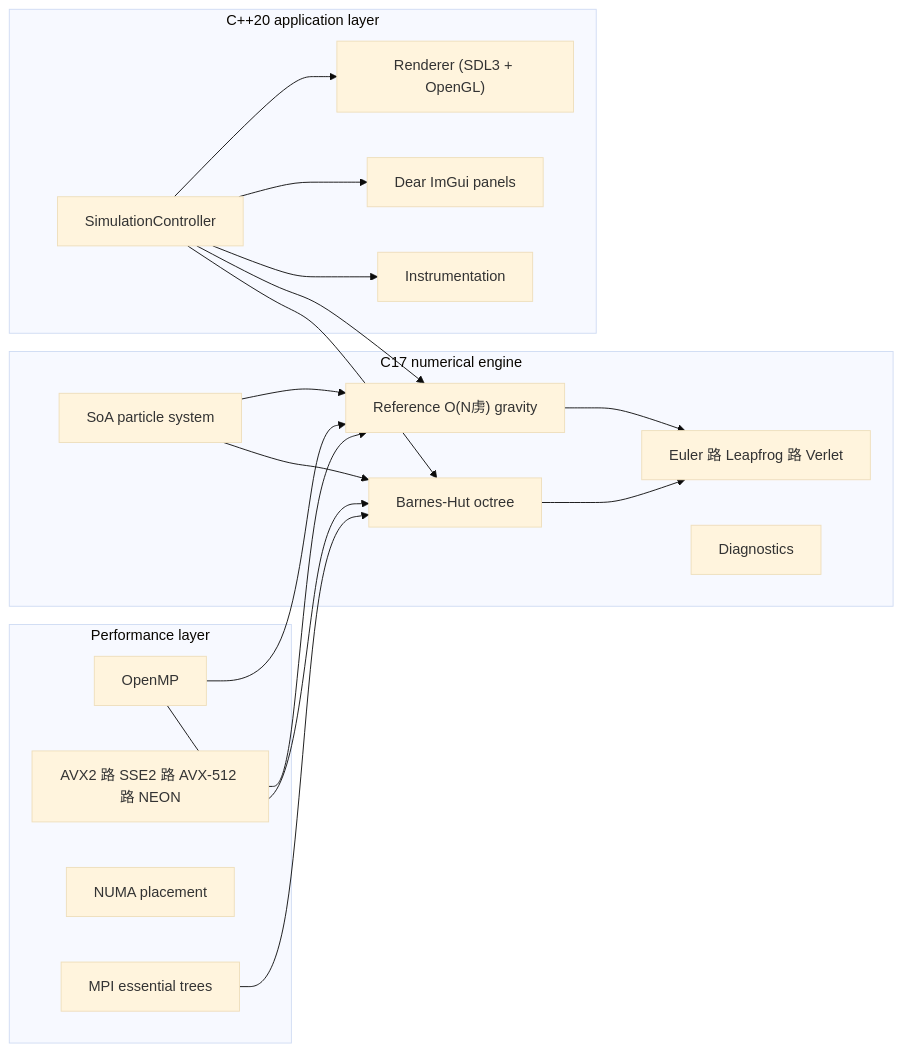
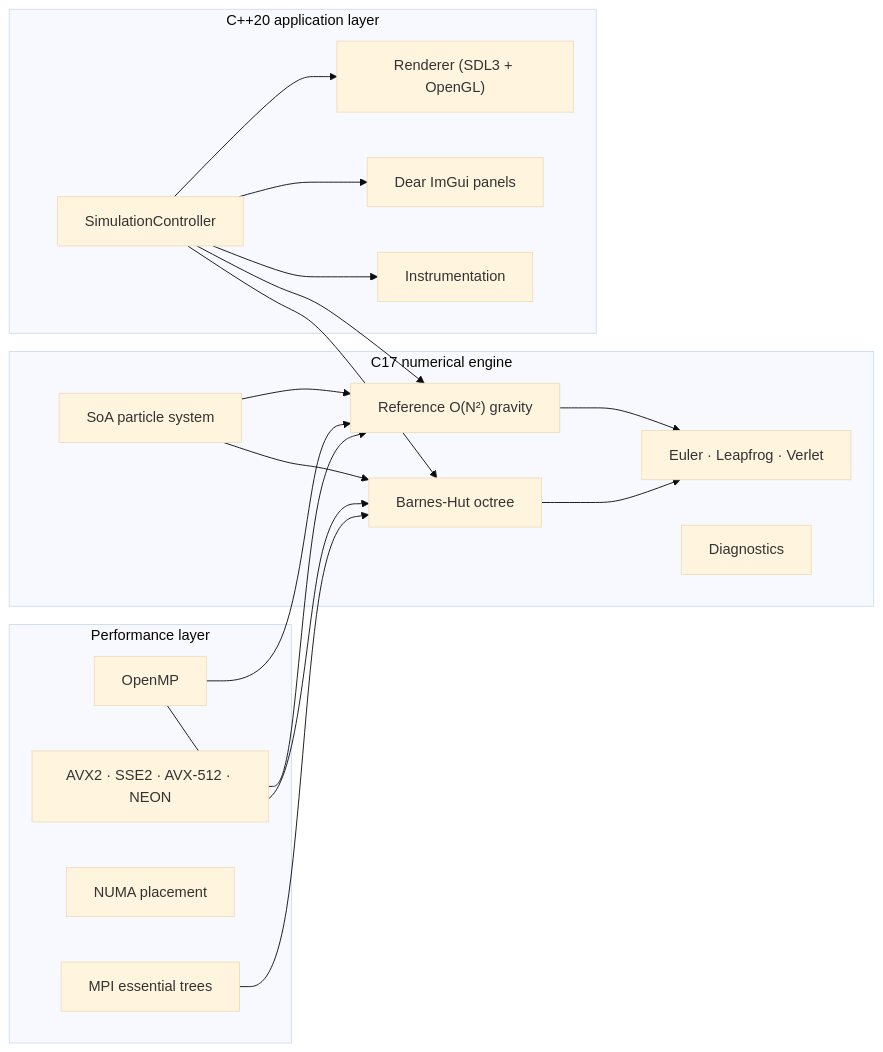
Before and after one commit to richie-rich90454/n_body_sim_pro: the diagram in docs-site/index.md, drawn with Mermaid (base theme). The commit also changed other lines of this file, not shown here.

````diff
--- a/docs-site/index.md
+++ b/docs-site/index.md
@@ -6,35 +11,35 @@
 ```mermaid
 flowchart LR
     subgraph C["C17 numerical engine"]
         P["SoA particle system"]
-        G["Reference O(N虏) gravity"]
-        I["Euler 路 Leapfrog 路 Verlet"]
+        G["Reference O(N²) gravity"]
+        I["Euler · Leapfrog · Verlet"]
         B["Barnes-Hut octree"]
         D["Diagnostics"]
     end
     subgraph CXX["C++20 application layer"]
         SC["SimulationController"]
         R["Renderer (SDL3 + OpenGL)"]
         UI["Dear ImGui panels"]
         INS["Instrumentation"]
     end
     subgraph PERF["Performance layer"]
         OMP["OpenMP"]
-        SIMD["AVX2 路 SSE2 路 AVX-512 路 NEON"]
+        SIMD["AVX2 · SSE2 · AVX-512 · NEON"]
         NUMA["NUMA placement"]
         MPI["MPI essential trees"]
     end
     G --> I
     B --> I
     P --> G
     P --> B
     SC --> G
     SC --> B
     SC --> R
     SC --> UI
     SC --> INS
     OMP --> G
     OMP --> B
     SIMD --> G
     MPI --> B
 ```
````
